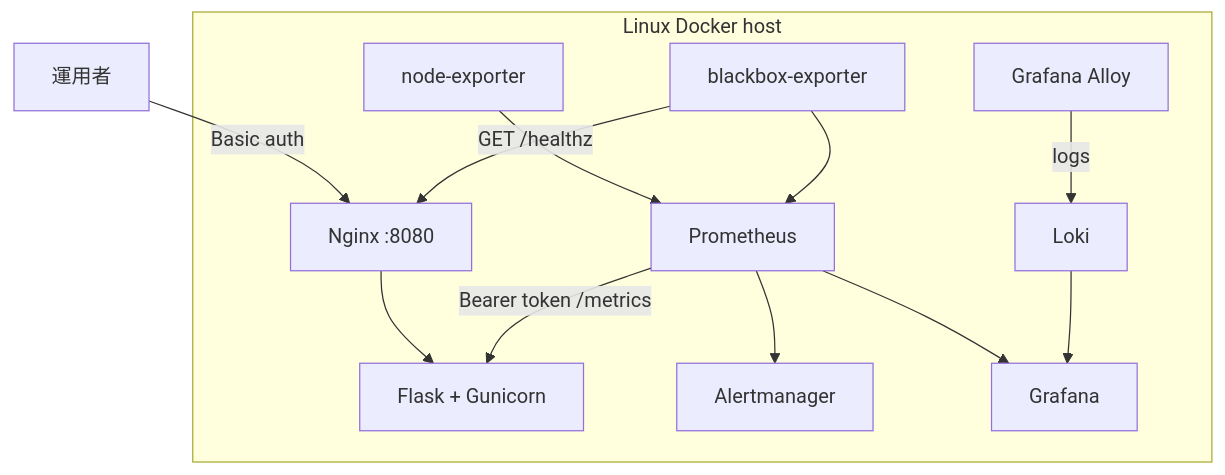
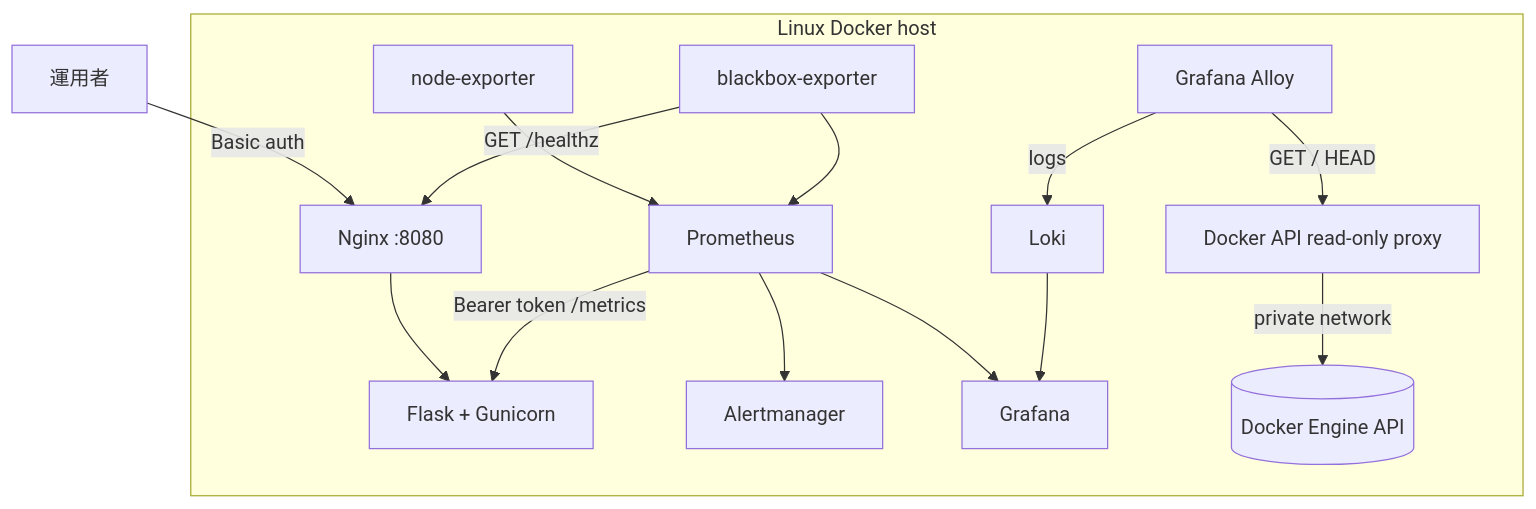
Before and after one commit to ns7jp/ns7jp: the first of 2 diagrams in docs/architecture-diagram.md, drawn with Mermaid. The commit also changed other lines of this file and 12 other files, not shown here.

````diff
--- a/docs/architecture-diagram.md
+++ b/docs/architecture-diagram.md
@@ -8,16 +8,18 @@
 ```mermaid
 flowchart TB
     User[運用者] -->|Basic auth| Nginx[Nginx :8080]
 
     subgraph Host[Linux Docker host]
         Nginx --> App[Flask + Gunicorn]
         Prom[Prometheus] -->|Bearer token /metrics| App
         Node[node-exporter] --> Prom
         Probe[blackbox-exporter] -->|GET /healthz| Nginx
         Probe --> Prom
         Prom --> Alert[Alertmanager]
         Prom --> Grafana[Grafana]
-        Alloy[Grafana Alloy] -->|logs| Loki[Loki]
+        Alloy[Grafana Alloy] -->|GET / HEAD| Proxy[Docker API read-only proxy]
+        Proxy -->|private network| Engine[(Docker Engine API)]
+        Alloy -->|logs| Loki[Loki]
         Loki --> Grafana
     end
 ```
````
